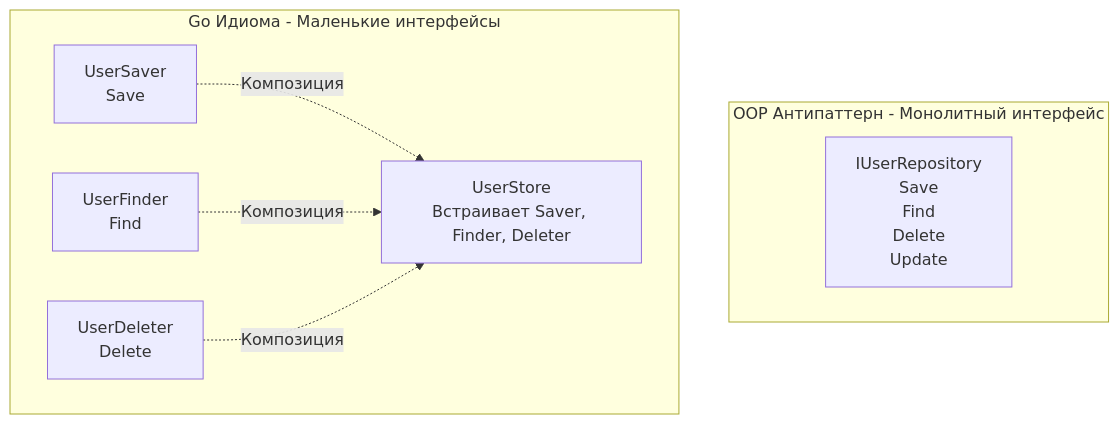
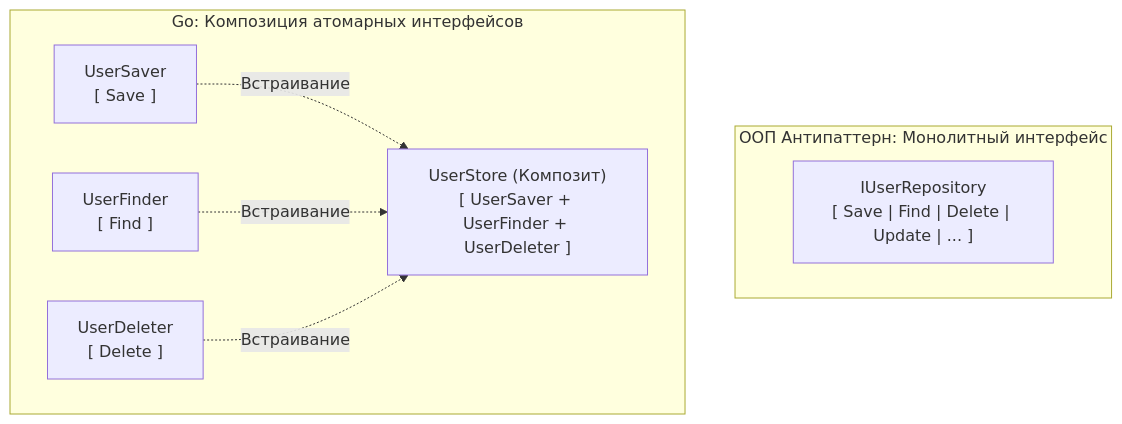
Before and after one commit to UnrealTemplier/go-textbook: the diagram in sources/4. История и философия Go/16. Почему маленькие интерфейсы лучше больших.md, drawn with Mermaid. The commit also changed other lines of this file, not shown here.

````diff
--- a/sources/4. История и философия Go/16. Почему маленькие интерфейсы лучше больших.md
+++ b/sources/4. История и философия Go/16. Почему маленькие интерфейсы лучше больших.md
@@ -109,14 +151,15 @@
 ```mermaid
 flowchart TD
-    subgraph MONOLITH ["OOP Антипаттерн - Монолитный интерфейс"]
-        A["IUserRepository<br>Save<br>Find<br>Delete<br>Update"]
+    subgraph MONOLITH ["ООП Антипаттерн: Монолитный интерфейс"]
+        A["IUserRepository<br>[ Save | Find | Delete | Update | ... ]"]
     end
-    subgraph GO_WAY ["Go Идиома - Маленькие интерфейсы"]
-        B["UserSaver<br>Save"]
-        C["UserFinder<br>Find"]
-        D["UserDeleter<br>Delete"]
-        B -.->|"Композиция"| E["UserStore<br>Встраивает Saver, Finder, Deleter"]
-        C -.->|"Композиция"| E
-        D -.->|"Композиция"| E
+
+    subgraph GO_WAY ["Go: Композиция атомарных интерфейсов"]
+        B["UserSaver<br>[ Save ]"]
+        C["UserFinder<br>[ Find ]"]
+        D["UserDeleter<br>[ Delete ]"]
+        B -.->|"Встраивание"| E["UserStore (Композит)<br>[ UserSaver + UserFinder + UserDeleter ]"]
+        C -.->|"Встраивание"| E
+        D -.->|"Встраивание"| E
     end
 ```
````
